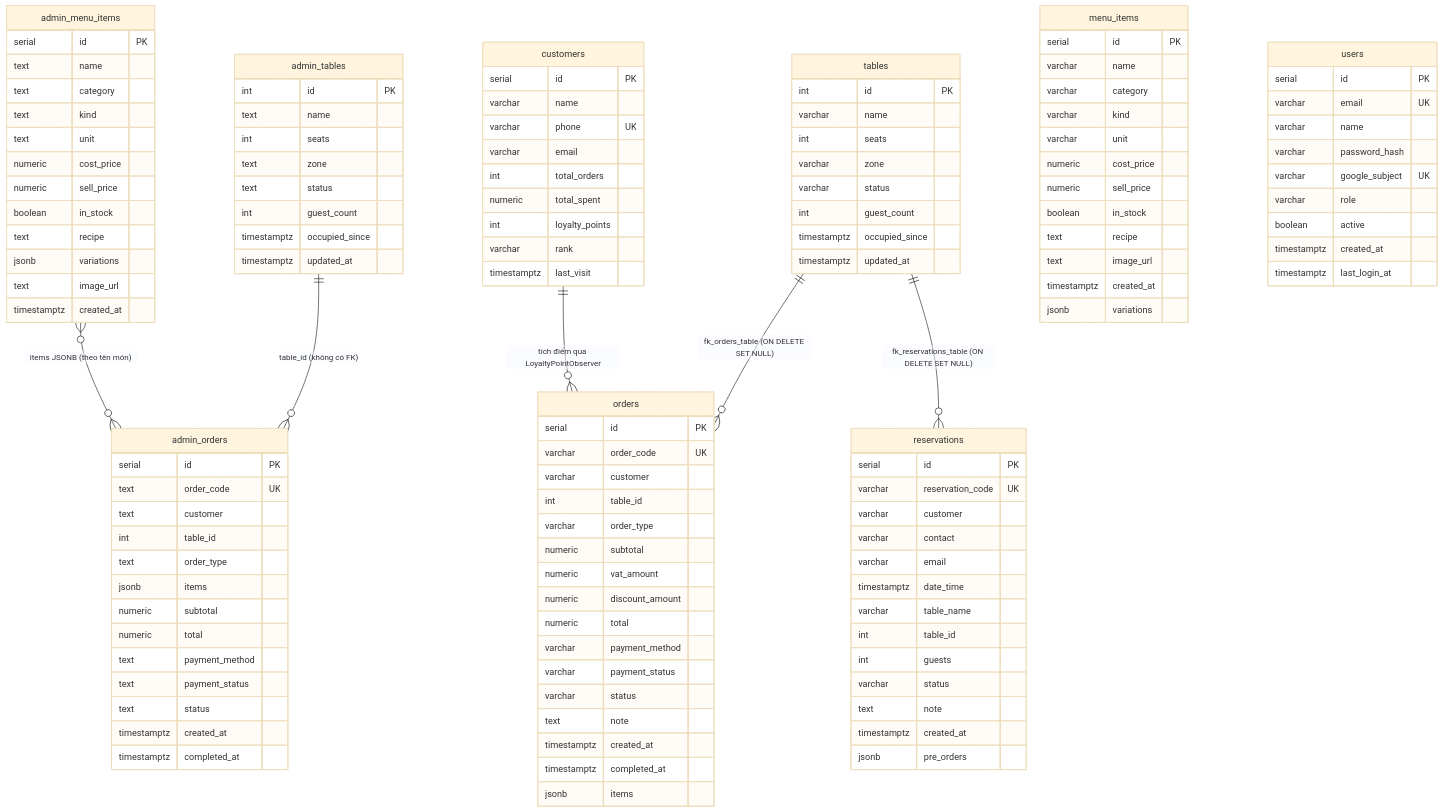
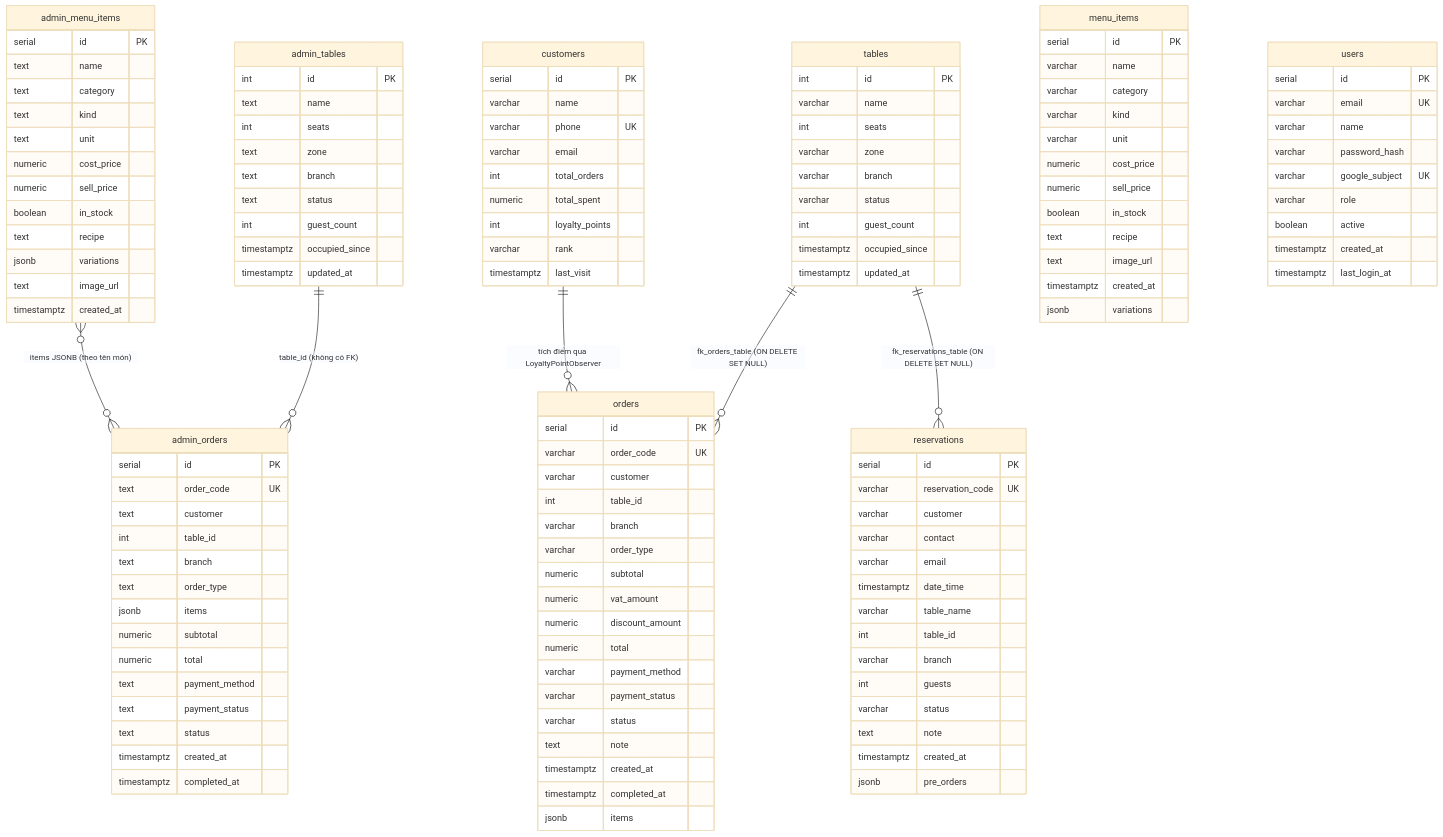
Before and after one commit to HubertPhung/WebQuanLyQuanCafe-DesignPatterns: the diagram in docs/DATABASE.md, drawn with Mermaid (base theme). The commit also changed other lines of this file and 46 other files, not shown here.

```diff
--- a/docs/DATABASE.md
+++ b/docs/DATABASE.md
@@ -28,6 +28,7 @@
         text name
         int seats
         text zone
+        text branch
         text status
         int guest_count
         timestamptz occupied_since
@@ -52,6 +53,7 @@
         text order_code UK
         text customer
         int table_id
+        text branch
         text order_type
         jsonb items
         numeric subtotal
@@ -67,6 +69,7 @@
         varchar name
         int seats
         varchar zone
+        varchar branch
         varchar status
         int guest_count
         timestamptz occupied_since
@@ -91,6 +94,7 @@
         varchar order_code UK
         varchar customer
         int table_id
+        varchar branch
         varchar order_type
         numeric subtotal
         numeric vat_amount
@@ -113,6 +117,7 @@
         timestamptz date_time
         varchar table_name
         int table_id
+        varchar branch
         int guests
         varchar status
         text note
```
